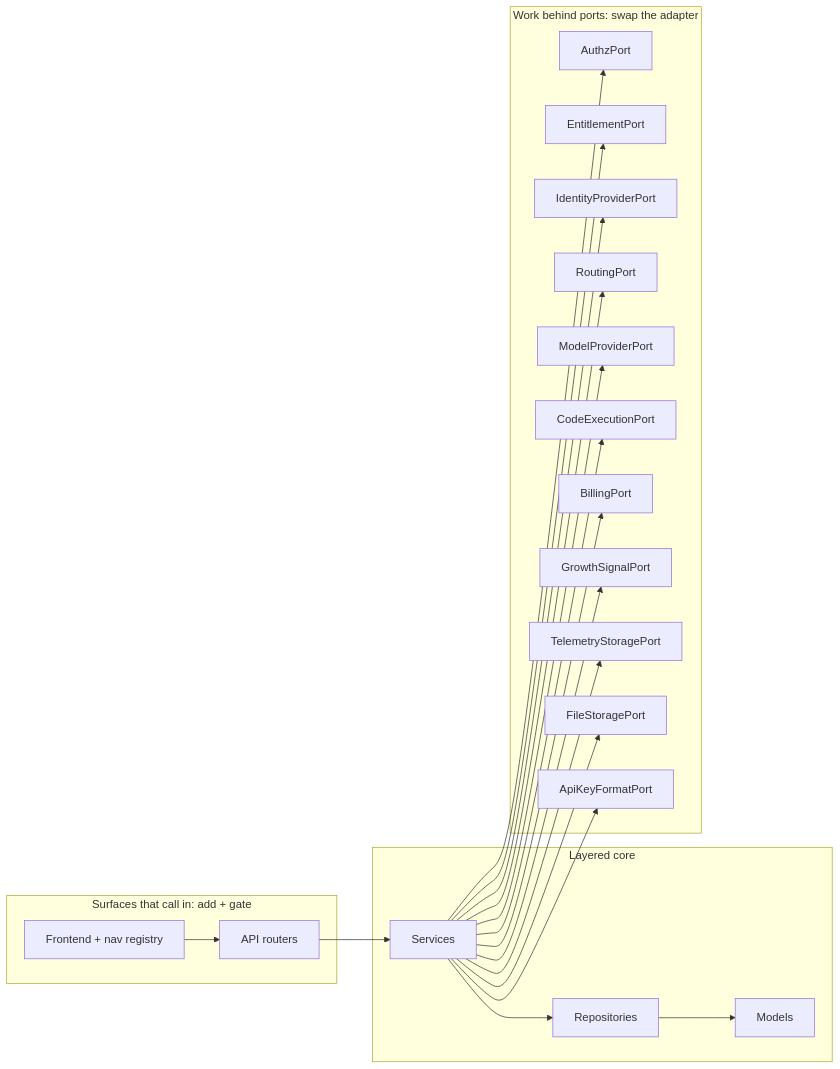
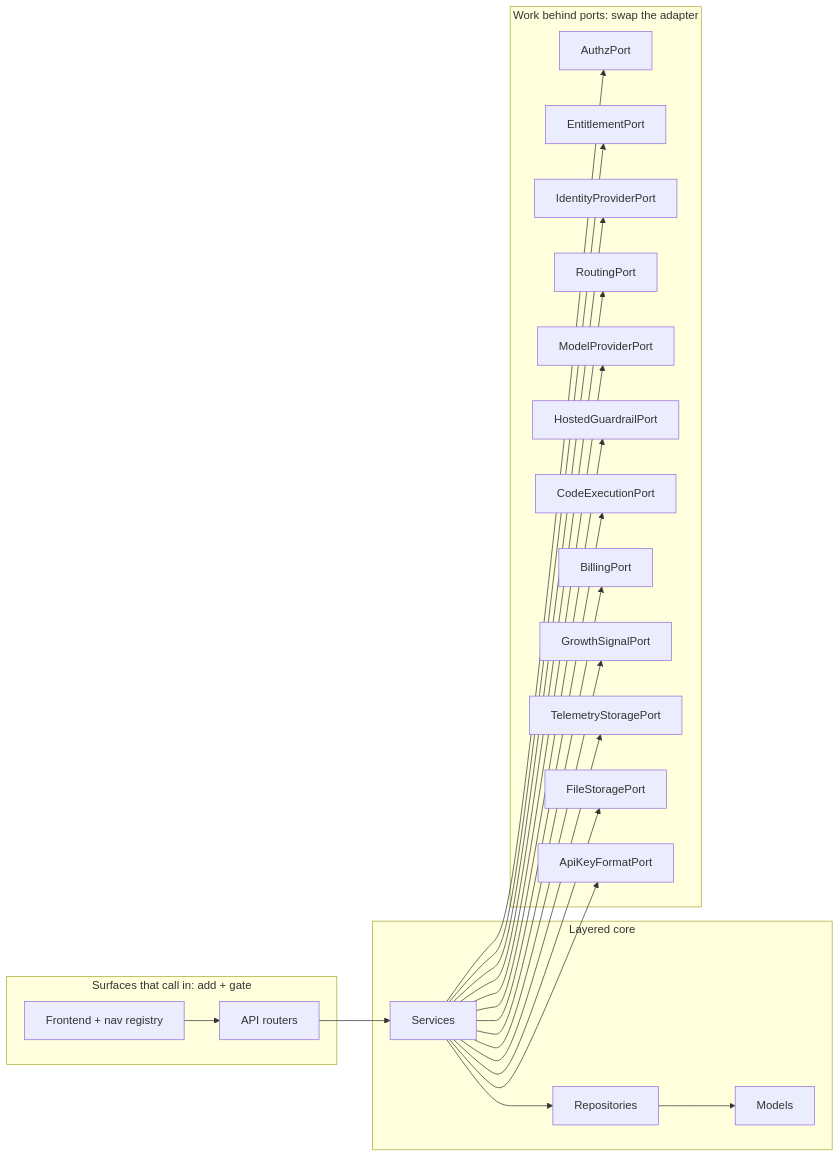
The second of 2 diagrams in ARCHITECTURE.md (mozilla-ai/otari), drawn with Mermaid before and after one commit. The commit also changed other lines of this file and 6 other files, not shown here.

First line of the commit message:
feat(guardrails): add the hosted guardrail port and a null core adapter

````diff
--- a/ARCHITECTURE.md
+++ b/ARCHITECTURE.md
@@ -92,37 +93,39 @@
 ```mermaid
 flowchart LR
     subgraph driving["Surfaces that call in: add + gate"]
         UI["Frontend + nav registry"]
         API["API routers"]
     end
     subgraph core["Layered core"]
         SVC[Services]
         REPO[Repositories]
         MOD[Models]
     end
     subgraph driven["Work behind ports: swap the adapter"]
         AP[AuthzPort]
         EP[EntitlementPort]
         IP[IdentityProviderPort]
         RP[RoutingPort]
         MP[ModelProviderPort]
+        HP[HostedGuardrailPort]
         CP[CodeExecutionPort]
         BP[BillingPort]
         GP[GrowthSignalPort]
         TP[TelemetryStoragePort]
         FP[FileStoragePort]
         KP[ApiKeyFormatPort]
     end
     UI --> API --> SVC --> REPO --> MOD
     SVC --> AP
     SVC --> EP
     SVC --> IP
     SVC --> RP
     SVC --> MP
+    SVC --> HP
     SVC --> CP
     SVC --> BP
     SVC --> GP
     SVC --> TP
     SVC --> FP
     SVC --> KP
 ```
````
